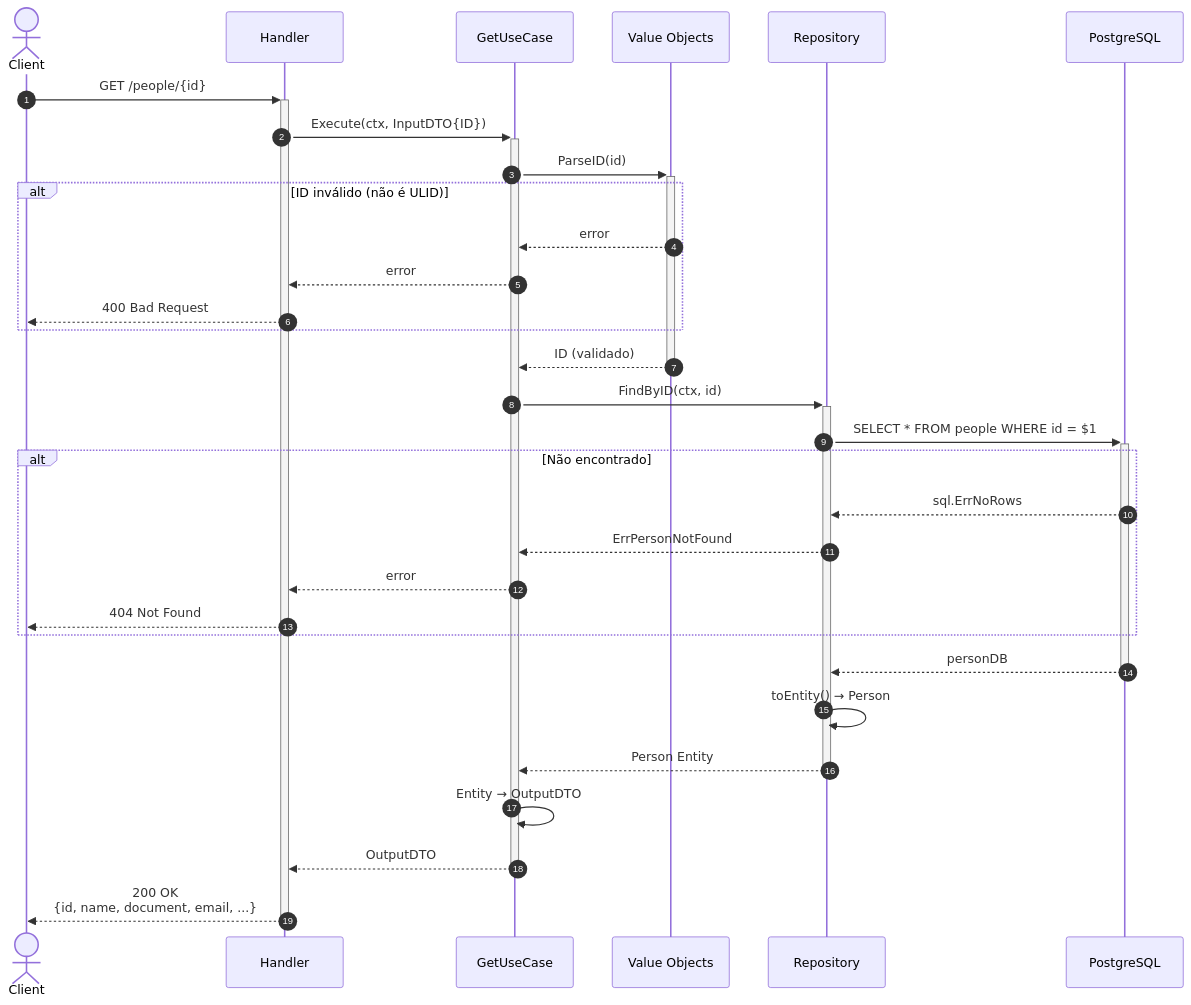
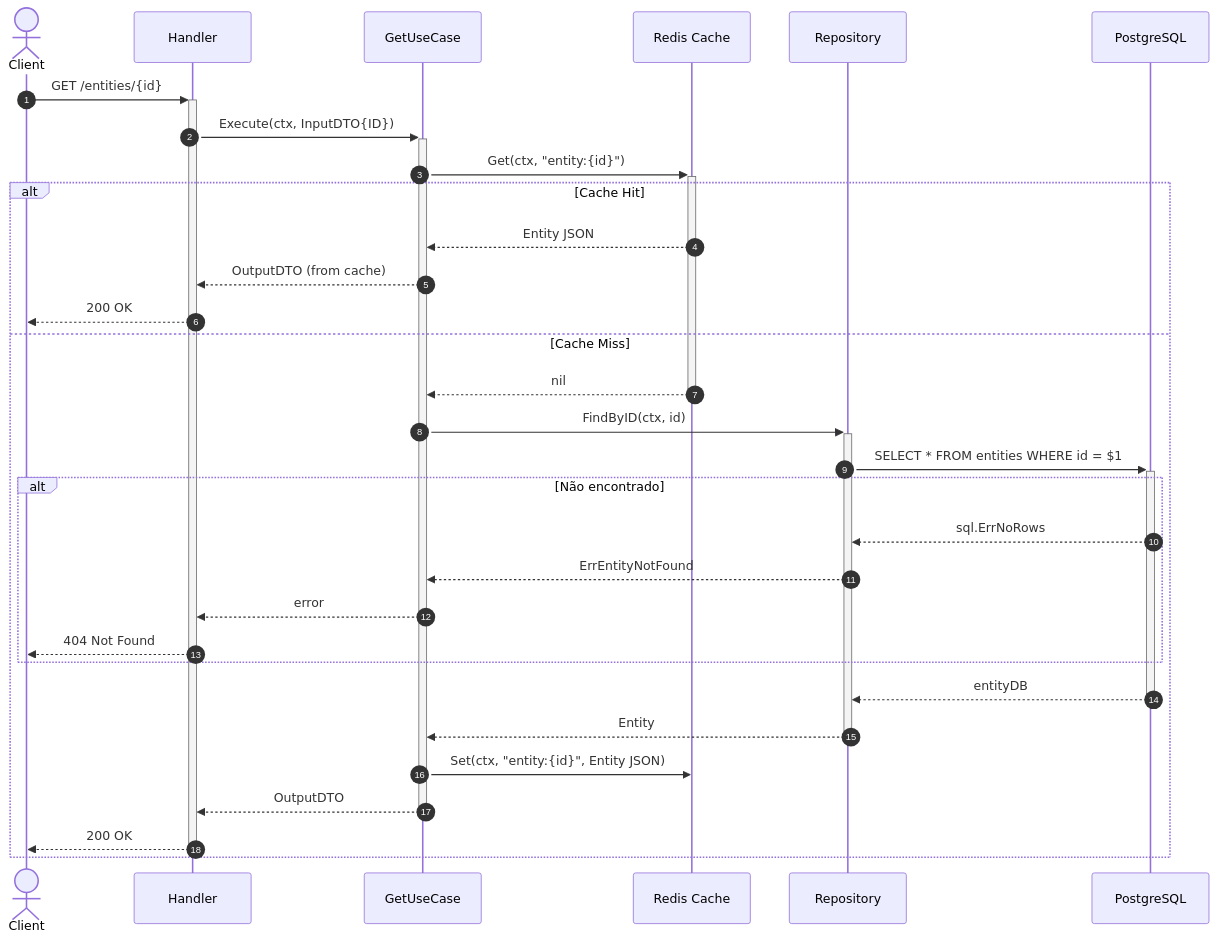
One commit to jrmarcello/gopherplate changed the fourth of 8 diagrams in docs/app/architecture.md. Above: the diagram before and after it, drawn with Mermaid. The commit also changed other lines of this file, not shown here.

Commit message:
docs: update architecture diagram and description for entity domain

````diff
--- a/docs/app/architecture.md
+++ b/docs/app/architecture.md
@@ -202,39 +198,39 @@
 ```mermaid
 sequenceDiagram
     autonumber
     actor Client
     participant H as Handler
     participant UC as GetUseCase
-    participant VO as Value Objects
+    participant C as Redis Cache
     participant R as Repository
     participant DB as PostgreSQL
 
-    Client->>+H: GET /people/{id}
+    Client->>+H: GET /entities/{id}
 
     H->>+UC: Execute(ctx, InputDTO{ID})
 
-    UC->>+VO: ParseID(id)
-    alt ID inválido (não é ULID)
-        VO-->>UC: error
-        UC-->>H: error
-        H-->>Client: 400 Bad Request
+    UC->>+C: Get(ctx, "entity:{id}")
+    alt Cache Hit
+        C-->>UC: Entity JSON
+        UC-->>H: OutputDTO (from cache)
+        H-->>Client: 200 OK
+    else Cache Miss
+        C-->>-UC: nil
+        
+        UC->>+R: FindByID(ctx, id)
+        R->>+DB: SELECT * FROM entities WHERE id = $1
+        alt Não encontrado
+            DB-->>R: sql.ErrNoRows
+            R-->>UC: ErrEntityNotFound
+            UC-->>H: error
+            H-->>Client: 404 Not Found
+        end
+        DB-->>-R: entityDB
+        R-->>-UC: Entity
+        
+        UC->>C: Set(ctx, "entity:{id}", Entity JSON)
+        
+        UC-->>-H: OutputDTO
+        H-->>-Client: 200 OK
     end
-    VO-->>-UC: ID (validado)
-
-    UC->>+R: FindByID(ctx, id)
-    R->>+DB: SELECT * FROM people WHERE id = $1
-    alt Não encontrado
-        DB-->>R: sql.ErrNoRows
-        R-->>UC: ErrPersonNotFound
-        UC-->>H: error
-        H-->>Client: 404 Not Found
-    end
-    DB-->>-R: personDB
-    R->>R: toEntity() → Person
-    R-->>-UC: Person Entity
-
-    UC->>UC: Entity → OutputDTO
-    UC-->>-H: OutputDTO
-
-    H-->>-Client: 200 OK<br/>{id, name, document, email, ...}
 ```
````
